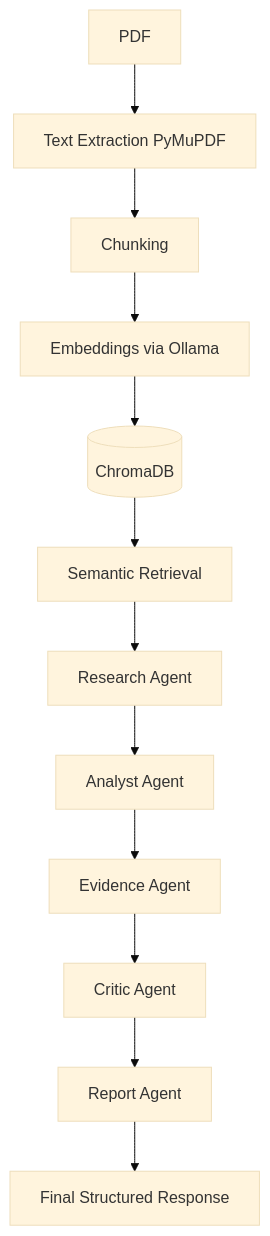
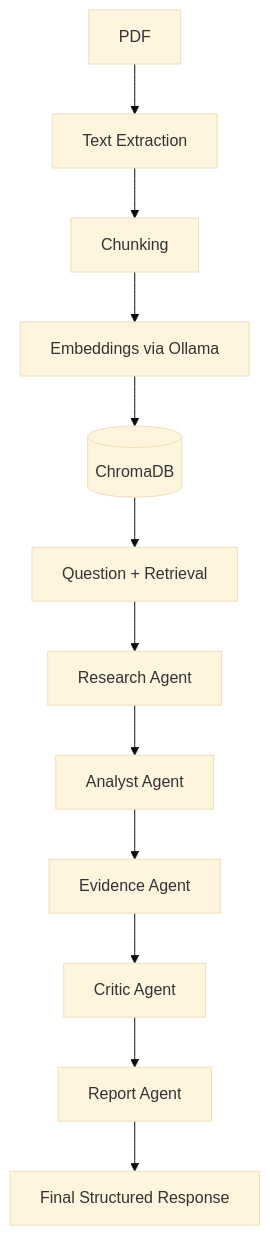
The second of 2 diagrams in README.md (Spectre206/ResearchPilot), drawn with Mermaid (base theme) before and after one commit. The commit also changed other lines of this file and 1 other file, not shown here.

Commit message:
Update README and add architecture documentation

````diff
--- a/README.md
+++ b/README.md
@@ -54,14 +79,14 @@
 ```mermaid
 flowchart TD
-    A[PDF] --> B[Text Extraction PyMuPDF]
+    A[PDF] --> B[Text Extraction]
     B --> C[Chunking]
     C --> D[Embeddings via Ollama]
     D --> E[(ChromaDB)]
-    E --> F[Semantic Retrieval]
+    E --> F[Question + Retrieval]
     F --> G[Research Agent]
     G --> H[Analyst Agent]
     H --> I[Evidence Agent]
     I --> J[Critic Agent]
     J --> K[Report Agent]
     K --> L[Final Structured Response]
 ```
````
